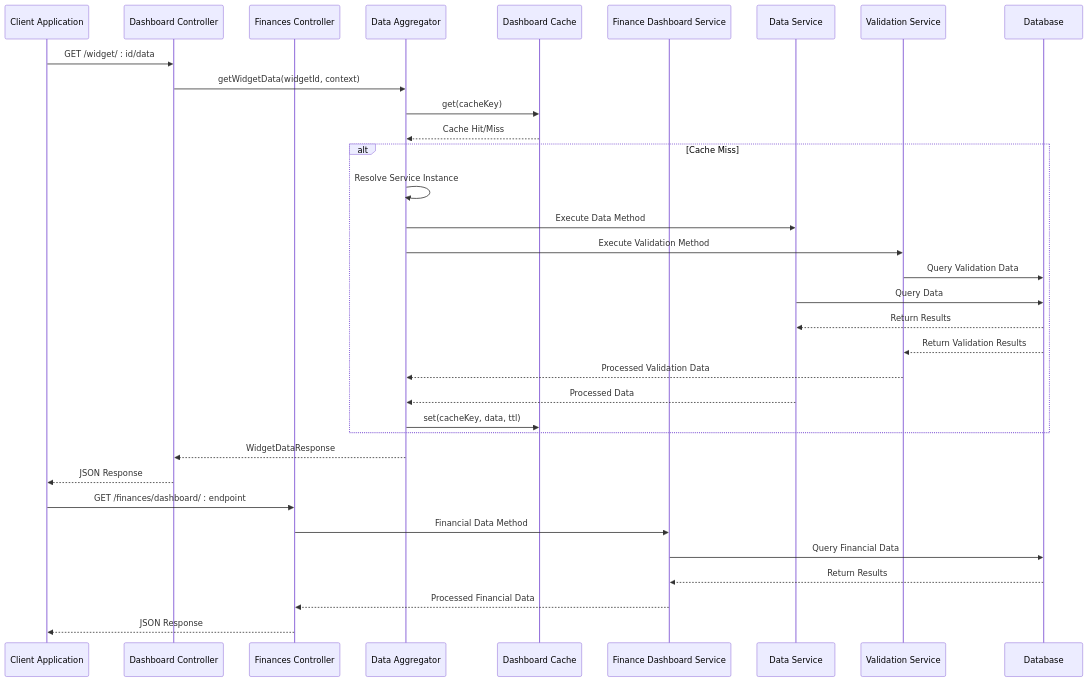
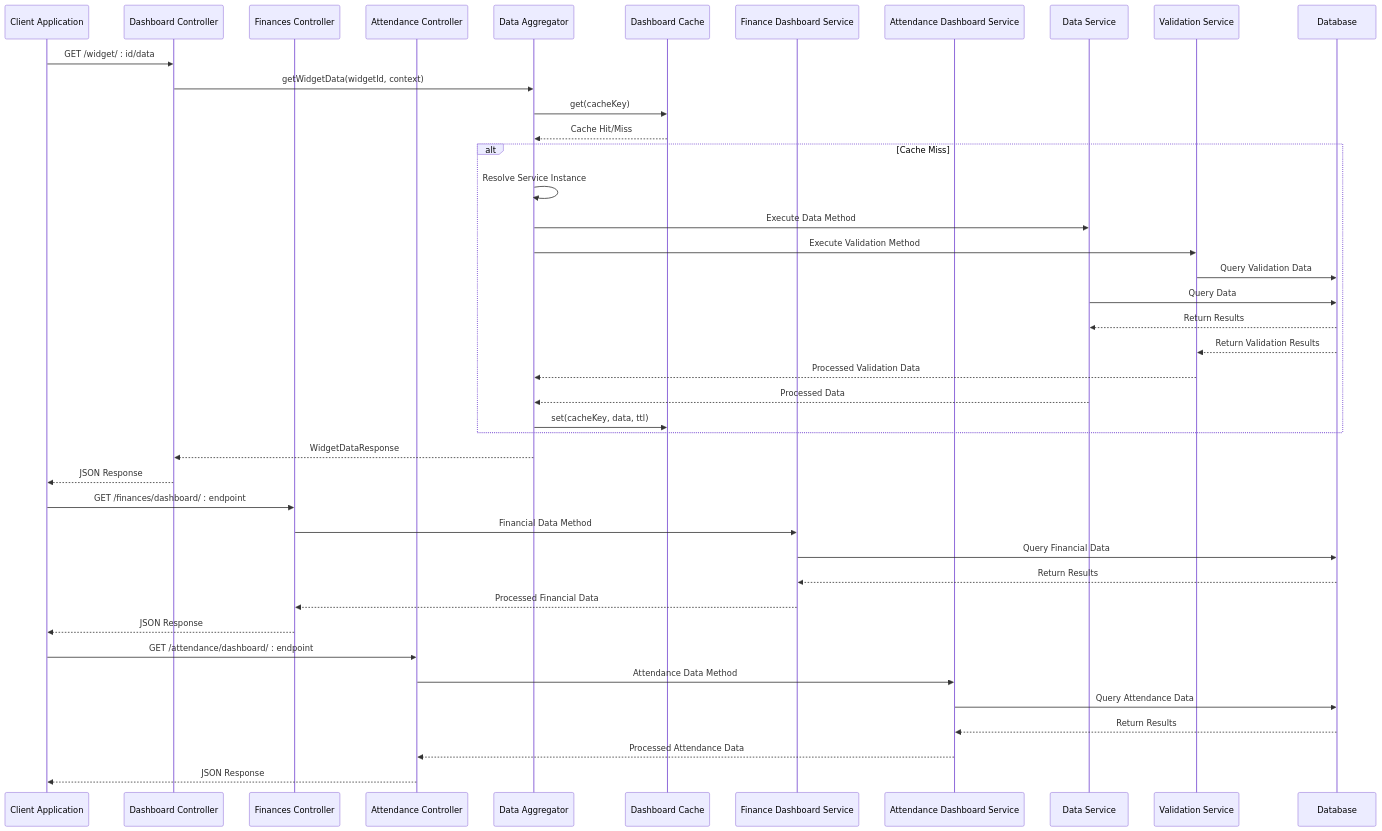
The fifth of 14 diagrams in .qoder/repowiki/en/content/Modules & Features/Dashboard System Implementation.md (franckylab/eLISAschool), drawn with Mermaid before and after one commit. The commit also changed other lines of this file and 433 other files, not shown here.

````diff
--- a/.qoder/repowiki/en/content/Modules & Features/Dashboard System Implementation.md
+++ b/.qoder/repowiki/en/content/Modules & Features/Dashboard System Implementation.md
@@ -242,36 +253,44 @@
 ```mermaid
 sequenceDiagram
 participant Client as Client Application
 participant Controller as Dashboard Controller
 participant FinancesController as Finances Controller
+participant AttendanceController as Attendance Controller
 participant Aggregator as Data Aggregator
 participant Cache as Dashboard Cache
 participant DashboardService as Finance Dashboard Service
+participant AttendanceService as Attendance Dashboard Service
 participant Service as Data Service
 participant Validation as Validation Service
 participant DB as Database
 Client->>Controller : GET /widget/ : id/data
 Controller->>Aggregator : getWidgetData(widgetId, context)
 Aggregator->>Cache : get(cacheKey)
 Cache-->>Aggregator : Cache Hit/Miss
 alt Cache Miss
 Aggregator->>Aggregator : Resolve Service Instance
 Aggregator->>Service : Execute Data Method
 Aggregator->>Validation : Execute Validation Method
 Validation->>DB : Query Validation Data
 Service->>DB : Query Data
 DB-->>Service : Return Results
 DB-->>Validation : Return Validation Results
 Validation-->>Aggregator : Processed Validation Data
 Service-->>Aggregator : Processed Data
 Aggregator->>Cache : set(cacheKey, data, ttl)
 end
 Aggregator-->>Controller : WidgetDataResponse
 Controller-->>Client : JSON Response
 Client->>FinancesController : GET /finances/dashboard/ : endpoint
 FinancesController->>DashboardService : Financial Data Method
 DashboardService->>DB : Query Financial Data
 DB-->>DashboardService : Return Results
 DashboardService-->>FinancesController : Processed Financial Data
 FinancesController-->>Client : JSON Response
+Client->>AttendanceController : GET /attendance/dashboard/ : endpoint
+AttendanceController->>AttendanceService : Attendance Data Method
+AttendanceService->>DB : Query Attendance Data
+DB-->>AttendanceService : Return Results
+AttendanceService-->>AttendanceController : Processed Attendance Data
+AttendanceController-->>Client : JSON Response
 ```
````
